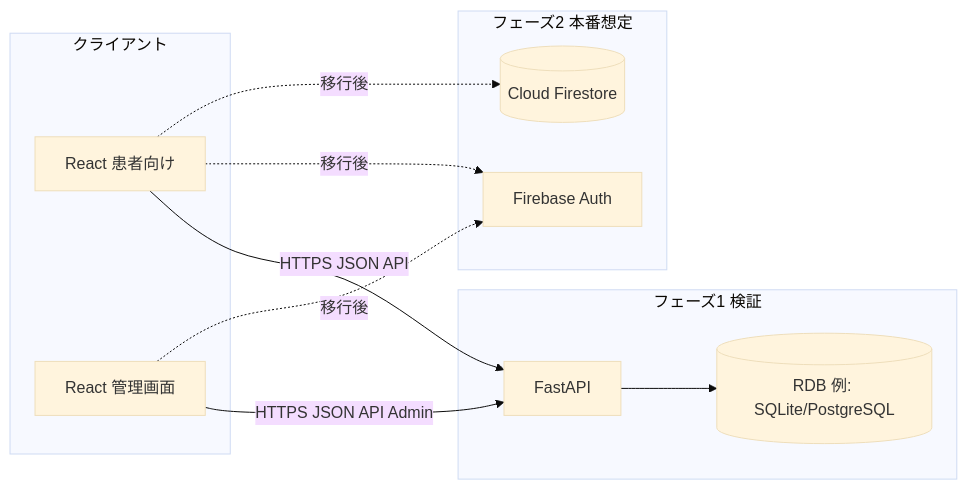
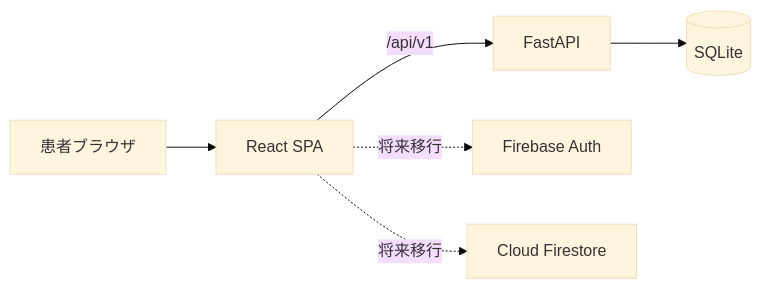
One commit to ryoga0/Calendar changed the first of 2 diagrams in docs/02_基本設計書.md. Above: the diagram before and after it, drawn with Mermaid (base theme). The commit also changed other lines of this file and 50 other files, not shown here.

````diff
--- a/docs/02_基本設計書.md
+++ b/docs/02_基本設計書.md
@@ -18,21 +23,9 @@
 ```mermaid
 flowchart LR
-  subgraph client [クライアント]
-    ReactP[React 患者向け]
-    ReactA[React 管理画面]
-  end
-  subgraph phase1 [フェーズ1 検証]
-    FastAPI[FastAPI]
-    DB1[(RDB 例: SQLite/PostgreSQL)]
-  end
-  subgraph phase2 [フェーズ2 本番想定]
-    FBAuth[Firebase Auth]
-    FS[(Cloud Firestore)]
-  end
-  ReactP -->|HTTPS JSON API| FastAPI
-  ReactA -->|HTTPS JSON API Admin| FastAPI
-  FastAPI --> DB1
-  ReactP -.->|移行後| FBAuth
-  ReactP -.->|移行後| FS
-  ReactA -.->|移行後| FBAuth
+  U[患者ブラウザ] --> FE[React SPA]
+  FE -->|/api/v1| API[FastAPI]
+  API --> DB[(SQLite)]
+
+  FE -. 将来移行 .-> FBAuth[Firebase Auth]
+  FE -. 将来移行 .-> FS[Cloud Firestore]
 ```
````
